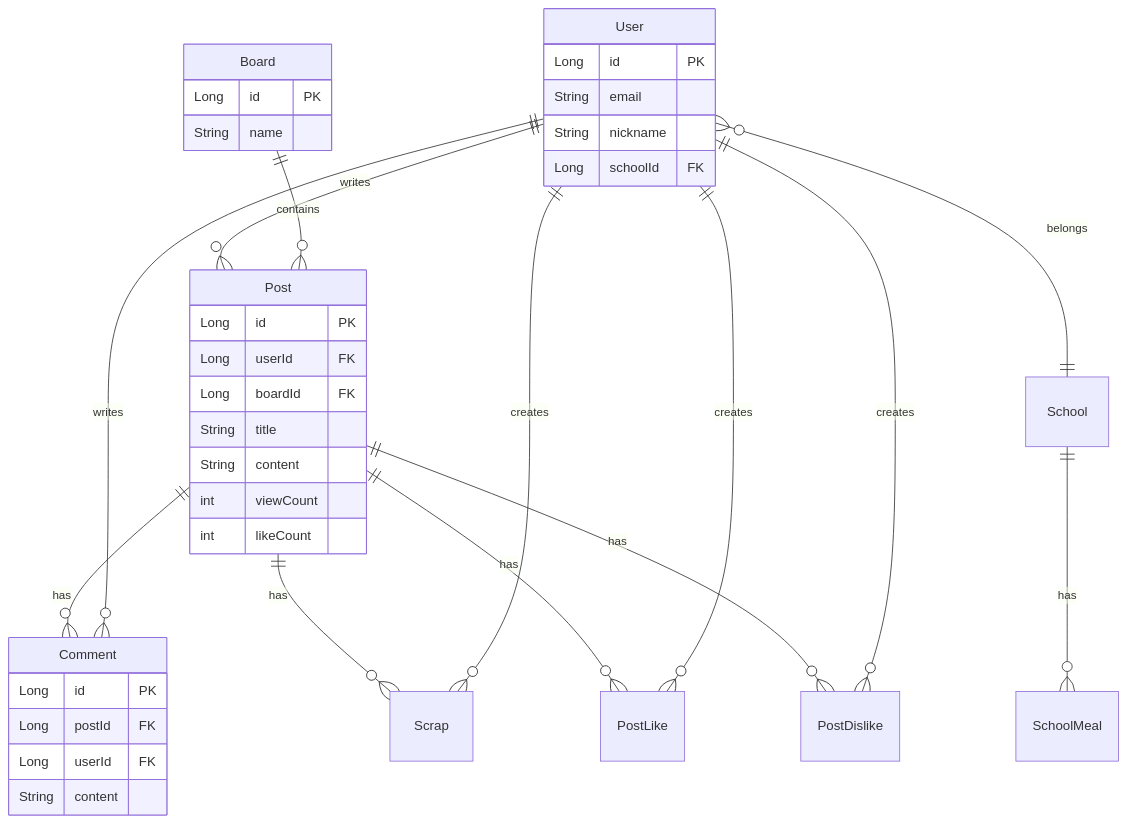
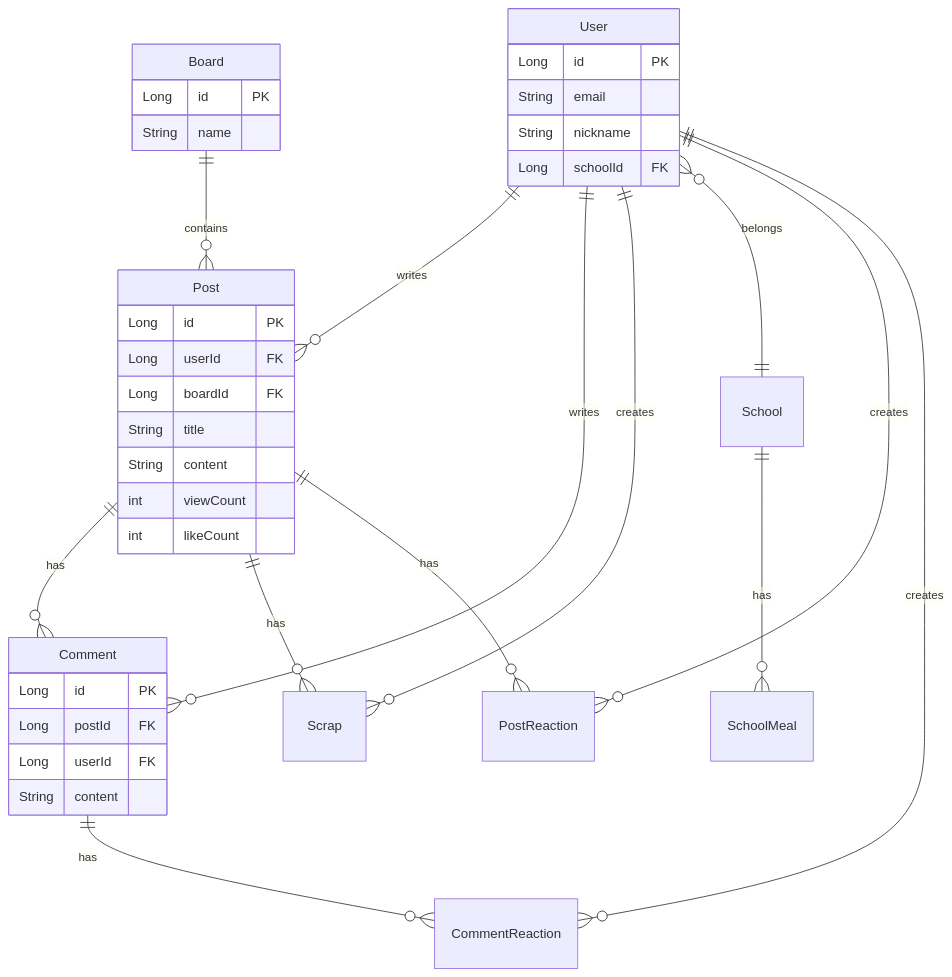
Before and after one commit to JangHyeok2909/highteenday-backend: the third of 3 diagrams in docs/SYSTEM_ARCHITECTURE.md, drawn with Mermaid. The commit also changed other lines of this file, not shown here.

First line of the commit message:
docs: refresh SYSTEM_ARCHITECTURE.md against the current code

````diff
--- a/docs/SYSTEM_ARCHITECTURE.md
+++ b/docs/SYSTEM_ARCHITECTURE.md
@@ -84,44 +89,44 @@
 ```mermaid
 erDiagram
     User ||--o{ Post : writes
     Board ||--o{ Post : contains
     Post ||--o{ Comment : has
     User ||--o{ Comment : writes
     Post ||--o{ Scrap : has
     User ||--o{ Scrap : creates
     User }o--|| School : belongs
     School ||--o{ SchoolMeal : has
-    Post ||--o{ PostLike : has
-    Post ||--o{ PostDislike : has
-    User ||--o{ PostLike : creates
-    User ||--o{ PostDislike : creates
+    Post ||--o{ PostReaction : has
+    User ||--o{ PostReaction : creates
+    Comment ||--o{ CommentReaction : has
+    User ||--o{ CommentReaction : creates
 
     User {
         Long id PK
         String email
         String nickname
         Long schoolId FK
     }
 
     Post {
         Long id PK
         Long userId FK
         Long boardId FK
         String title
         String content
         int viewCount
         int likeCount
     }
 
     Board {
         Long id PK
         String name
     }
 
     Comment {
         Long id PK
         Long postId FK
         Long userId FK
         String content
     }
 ```
````
